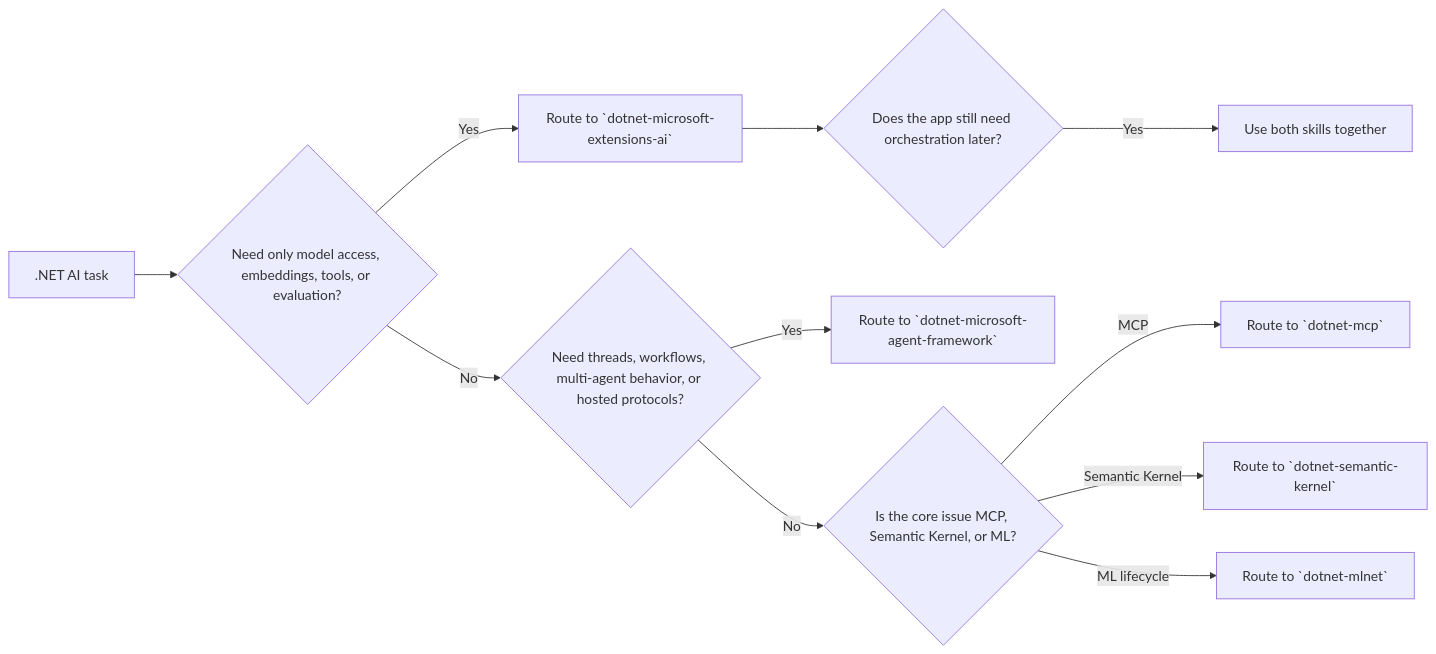
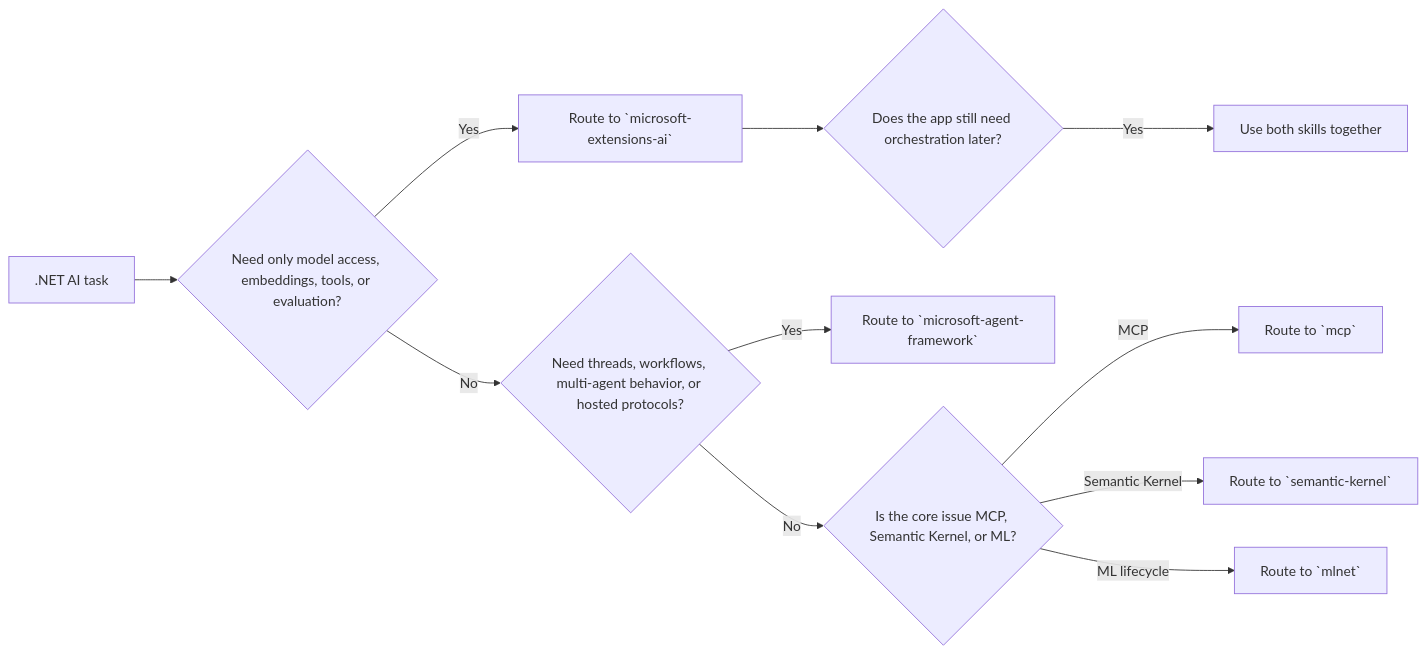
The diagram in catalog/Frameworks/Semantic-Kernel/agents/dotnet-ai/AGENT.md (managedcode/dotnet-skills), drawn with Mermaid before and after one commit. The commit also changed other lines of this file and 702 other files, not shown here.

````diff
--- a/catalog/Frameworks/Semantic-Kernel/agents/dotnet-ai/AGENT.md
+++ b/catalog/Frameworks/Semantic-Kernel/agents/dotnet-ai/AGENT.md
@@ -43,13 +43,13 @@
 ```mermaid
 flowchart LR
   A[".NET AI task"] --> B{"Need only model access, embeddings, tools, or evaluation?"}
-  B -->|Yes| C["Route to `dotnet-microsoft-extensions-ai`"]
+  B -->|Yes| C["Route to `microsoft-extensions-ai`"]
   B -->|No| D{"Need threads, workflows, multi-agent behavior, or hosted protocols?"}
-  D -->|Yes| E["Route to `dotnet-microsoft-agent-framework`"]
+  D -->|Yes| E["Route to `microsoft-agent-framework`"]
   C --> F{"Does the app still need orchestration later?"}
   F -->|Yes| G["Use both skills together"]
   D -->|No| H{"Is the core issue MCP, Semantic Kernel, or ML?"}
-  H -->|MCP| I["Route to `dotnet-mcp`"]
-  H -->|Semantic Kernel| J["Route to `dotnet-semantic-kernel`"]
-  H -->|ML lifecycle| K["Route to `dotnet-mlnet`"]
+  H -->|MCP| I["Route to `mcp`"]
+  H -->|Semantic Kernel| J["Route to `semantic-kernel`"]
+  H -->|ML lifecycle| K["Route to `mlnet`"]
 ```
````
